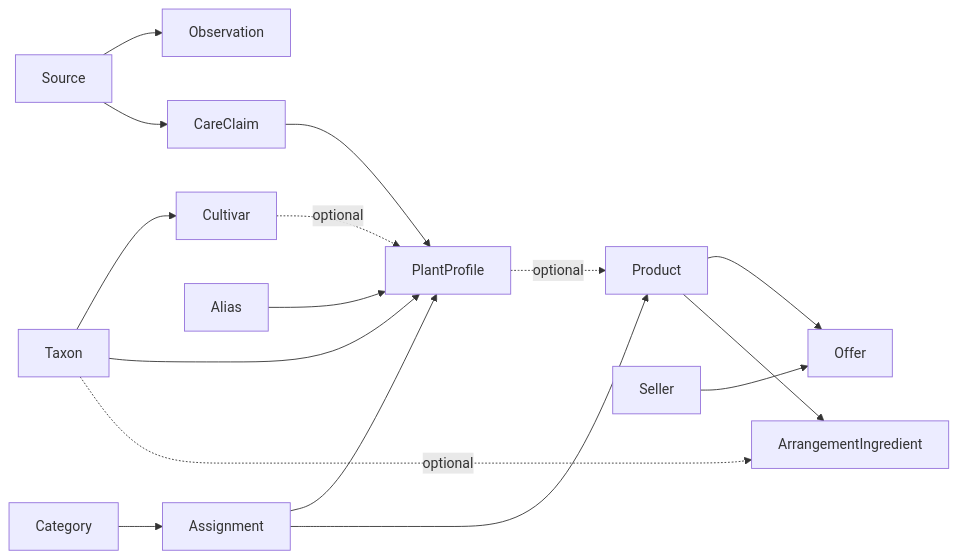
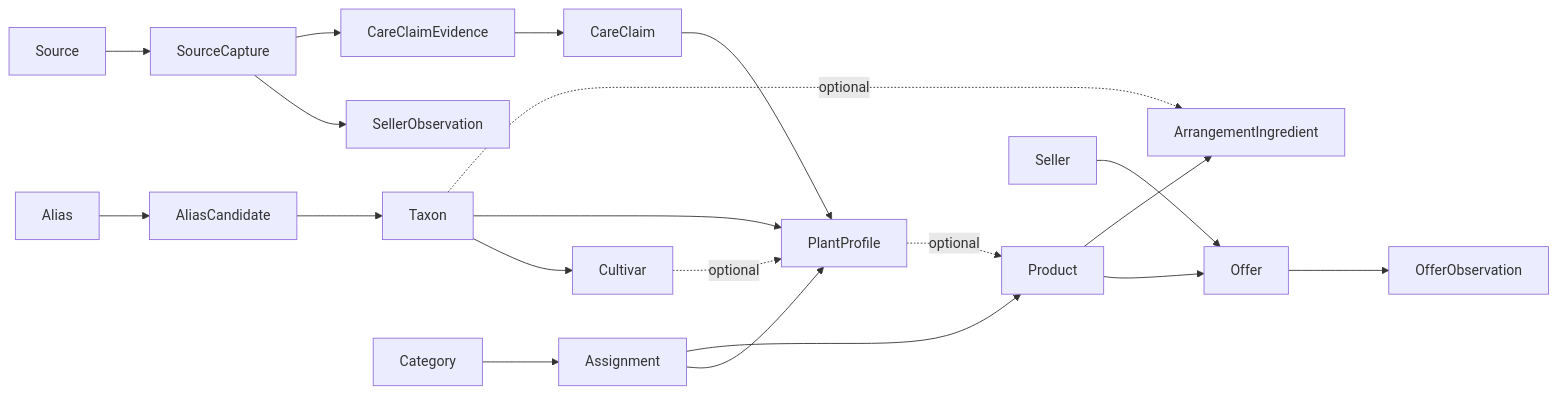
One commit to SoloMidMiram/FlowerMarketOntology changed the diagram in blueprint.md. Above: the diagram before and after it, drawn with Mermaid. The commit also changed other lines of this file and 11 other files, not shown here.

````diff
--- a/blueprint.md
+++ b/blueprint.md
@@ -18,18 +18,22 @@
 ```mermaid
 flowchart LR
-  Source --> Observation
-  Source --> CareClaim
+  Source --> SourceCapture
   Taxon --> Cultivar
   Taxon --> PlantProfile
   Cultivar -. optional .-> PlantProfile
-  Alias --> PlantProfile
+  Alias --> AliasCandidate
+  AliasCandidate --> Taxon
+  SourceCapture --> SellerObservation
+  SourceCapture --> CareClaimEvidence
+  CareClaimEvidence --> CareClaim
   CareClaim --> PlantProfile
   Category --> Assignment
   Assignment --> PlantProfile
   Assignment --> Product
   PlantProfile -. optional .-> Product
   Product --> Offer
   Seller --> Offer
+  Offer --> OfferObservation
   Product --> ArrangementIngredient
   Taxon -. optional .-> ArrangementIngredient
 ```
````
